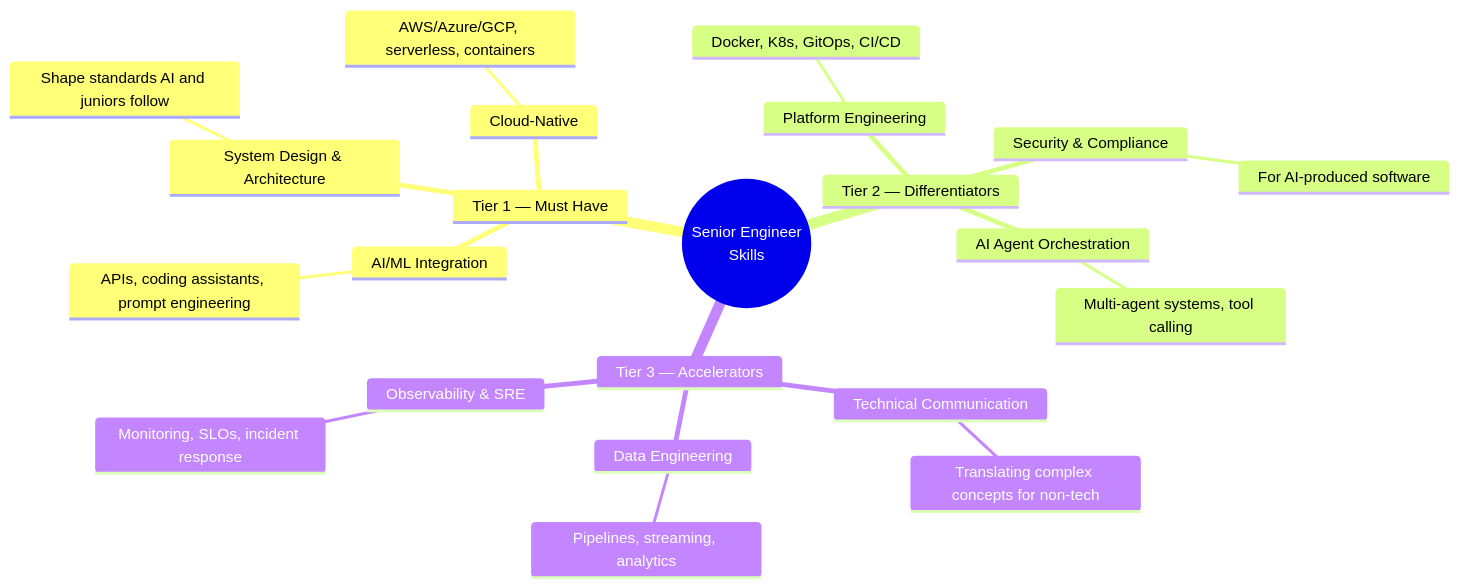
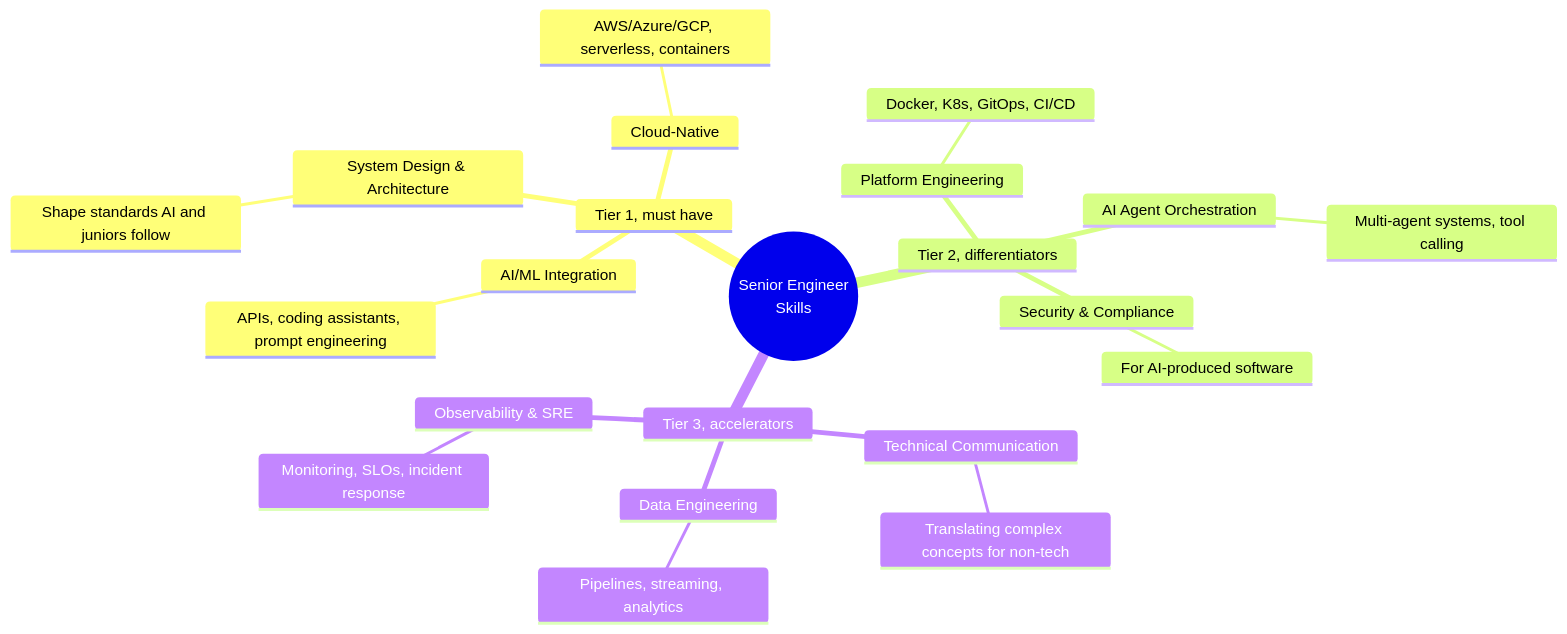
The fourth of 5 diagrams in career/senior-engineer-roadmap.md (Cyvid7-Darus10/peak-self), drawn with Mermaid before and after one commit. The commit also changed other lines of this file and 12 other files, not shown here.

````diff
--- a/career/senior-engineer-roadmap.md
+++ b/career/senior-engineer-roadmap.md
@@ -141,25 +138,25 @@
 ```mermaid
 mindmap
   root((Senior Engineer<br/>Skills))
-    Tier 1 — Must Have
+    Tier 1, must have
       AI/ML Integration
         APIs, coding assistants, prompt engineering
       System Design & Architecture
         Shape standards AI and juniors follow
       Cloud-Native
         AWS/Azure/GCP, serverless, containers
-    Tier 2 — Differentiators
+    Tier 2, differentiators
       Platform Engineering
         Docker, K8s, GitOps, CI/CD
       AI Agent Orchestration
         Multi-agent systems, tool calling
       Security & Compliance
         For AI-produced software
-    Tier 3 — Accelerators
+    Tier 3, accelerators
       Technical Communication
         Translating complex concepts for non-tech
       Data Engineering
         Pipelines, streaming, analytics
       Observability & SRE
         Monitoring, SLOs, incident response
 ```
````
